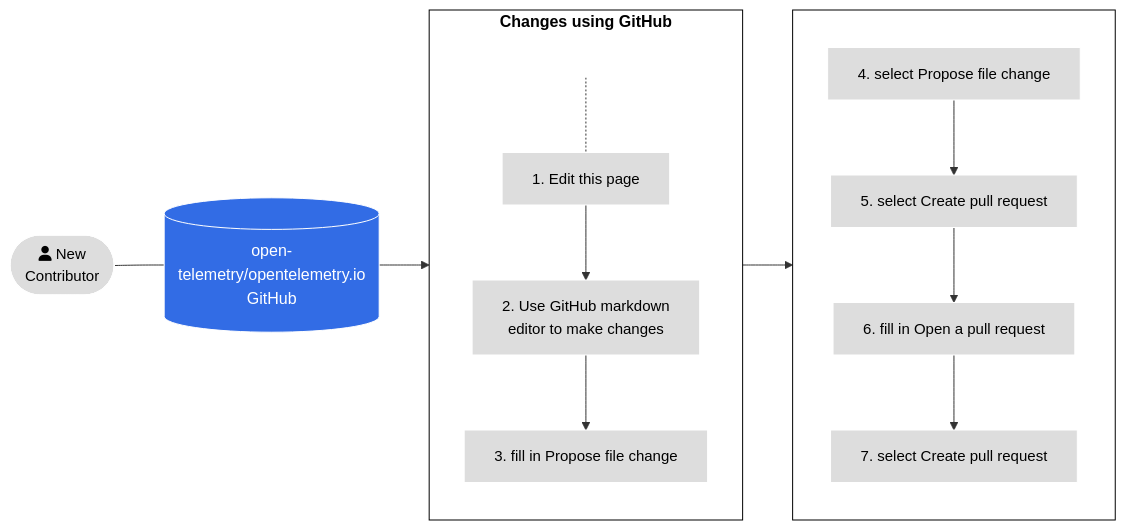
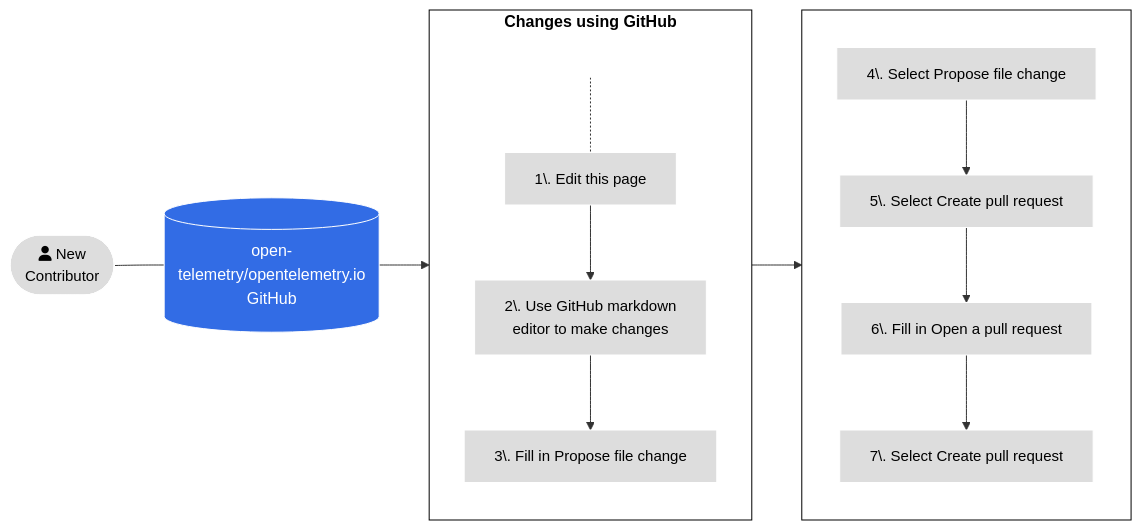
One commit to open-telemetry/opentelemetry.io changed the second of 4 diagrams in content/en/docs/contributing/pull-requests.md. Above: the diagram before and after it, drawn with Mermaid. The commit also changed other lines of this file, not shown here.

Commit message:
fix: Unsupported markdown: list due to missing parsed period in contributing/pull-requests page (#6253)

````diff
--- a/content/en/docs/contributing/pull-requests.md
+++ b/content/en/docs/contributing/pull-requests.md
@@ -65,27 +65,27 @@
 ```mermaid
 flowchart LR
 A([fa:fa-user New<br>Contributor]) --- id1[(open-telemetry/opentelemetry.io<br>GitHub)]
 subgraph tasks[Changes using GitHub]
 direction TB
     0[ ] -.-
-    1[1. Edit this page] --> 2[2. Use GitHub markdown<br>editor to make changes]
-    2 --> 3[3. fill in Propose file change]
+    1[1\. Edit this page] --> 2[2\. Use GitHub markdown<br>editor to make changes]
+    2 --> 3[3\. Fill in Propose file change]
 
 end
 subgraph tasks2[ ]
 direction TB
-4[4. select Propose file change] --> 5[5. select Create pull request] --> 6[6. fill in Open a pull request]
-6 --> 7[7. select Create pull request]
+4[4\. Select Propose file change] --> 5[5\. Select Create pull request] --> 6[6\. Fill in Open a pull request]
+6 --> 7[7\. Select Create pull request]
 end
 
 id1 --> tasks --> tasks2
 
 classDef grey fill:#dddddd,stroke:#ffffff,stroke-width:px,color:#000000, font-size:15px;
 classDef white fill:#ffffff,stroke:#000,stroke-width:px,color:#000,font-weight:bold
 classDef k8s fill:#326ce5,stroke:#fff,stroke-width:1px,color:#fff;
 classDef spacewhite fill:#ffffff,stroke:#fff,stroke-width:0px,color:#000
 class A,1,2,3,4,5,6,7 grey
 class 0 spacewhite
 class tasks,tasks2 white
 class id1 k8s
 ```
````
